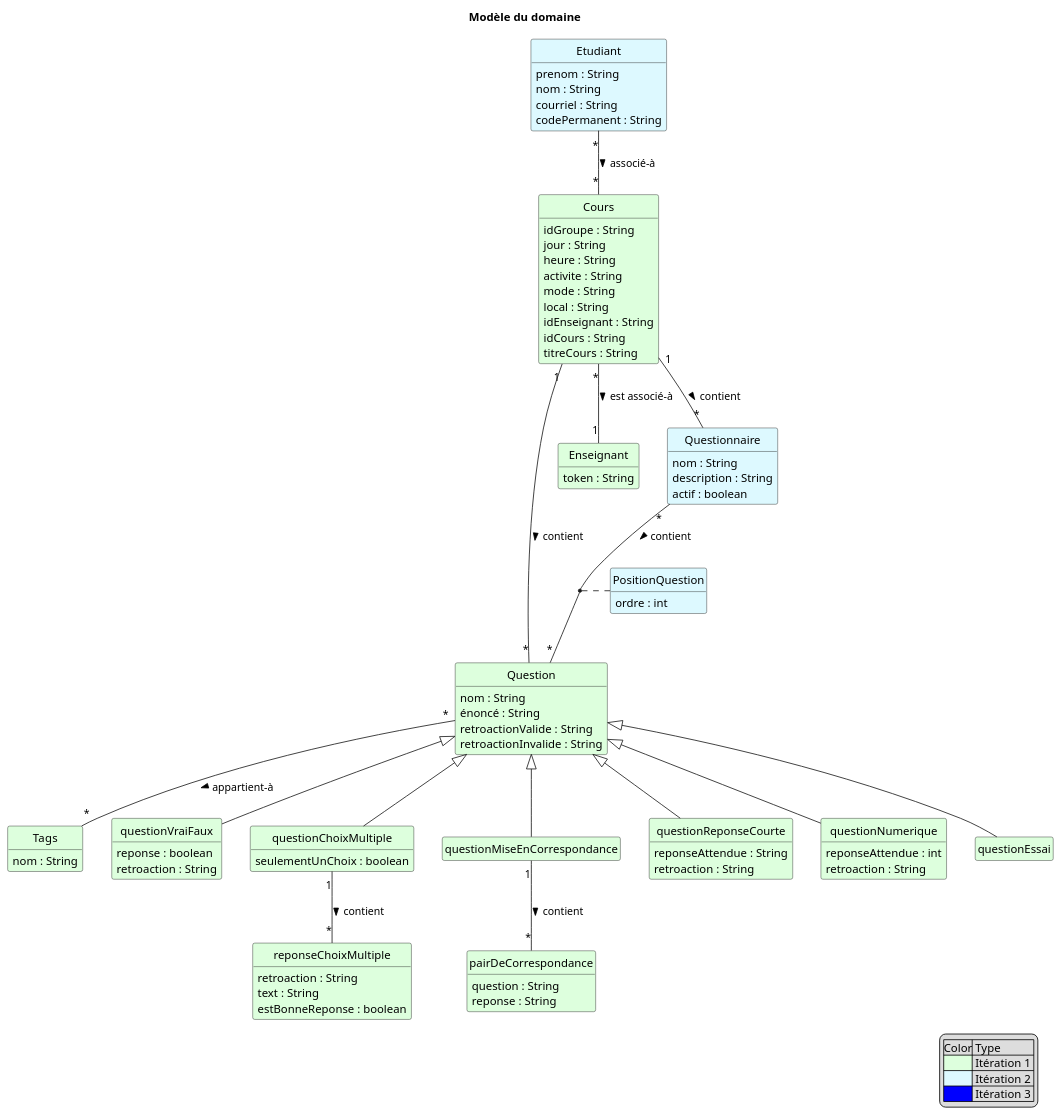
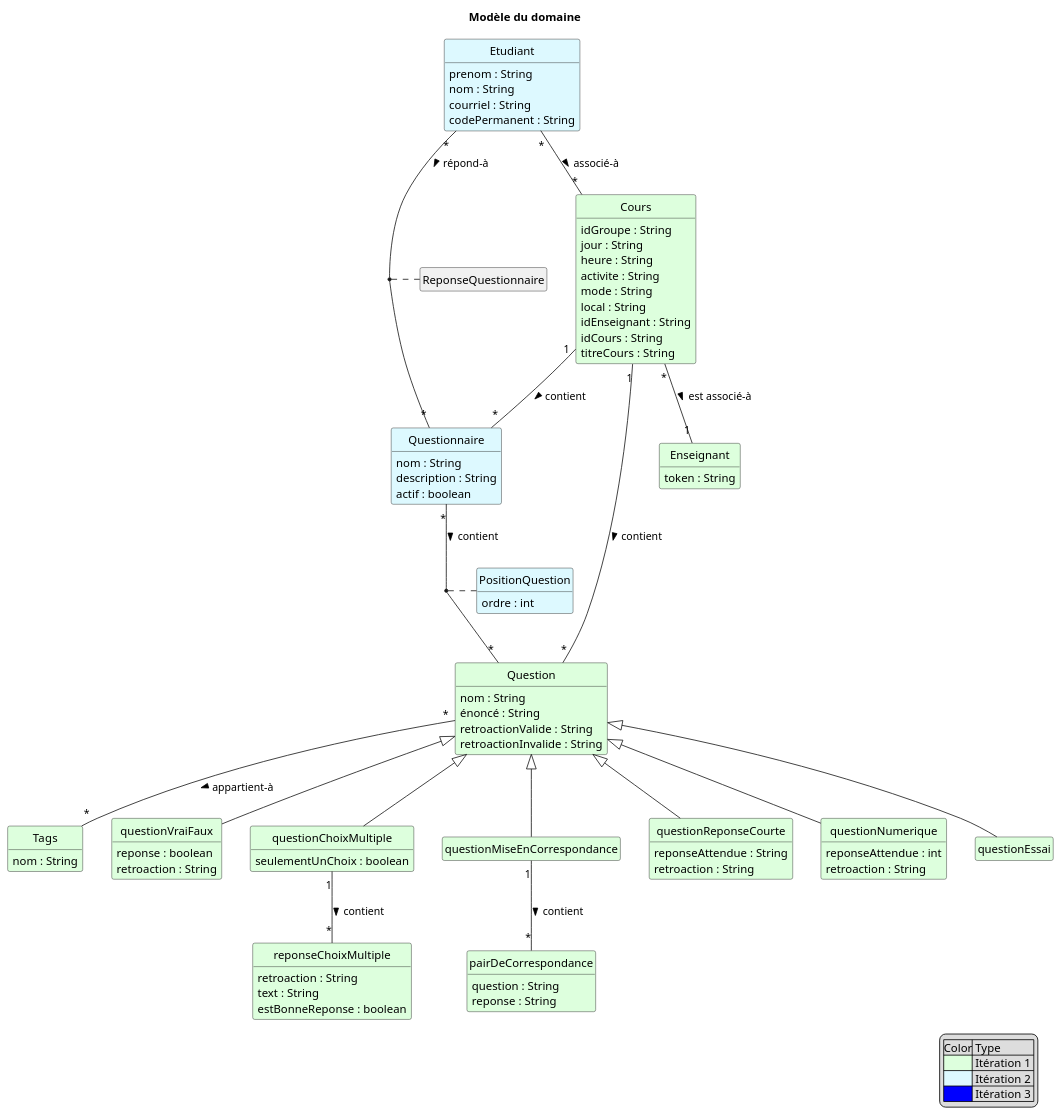
Before and after one commit to xMrYahya/moodle-clone: the diagram in docs/modeles/mdd.puml, drawn with PlantUML. The commit also changed 1 other file, not shown here.

```diff
--- a/docs/modeles/mdd.puml
+++ b/docs/modeles/mdd.puml
@@ -1,112 +1,111 @@
 @startuml MDD_SGB_SGA
 skinparam style strictuml
 'skinparam backgroundcolor transparent
 hide methods
 hide empty members
 'left to right direction
 title Modèle du domaine
 
 skinparam class {
   BackgroundColor<< SGB >> #ddffdd
   backgroundColor<<Itération 1>> #ddffdd
   backgroundColor<<Itération 2>> #ddf9ff
   backgroundColor<<Itération 3>> BLUE
 }
 hide stereotype
 
 
   ' Le concept de "Cours" dans SGA n'est pas un groupe-cours
   class "Question" as question <<Itération 1>> {
   nom : String
   énoncé : String
   ' reponse a la question
   retroactionValide : String
   retroactionInvalide : String
   }
   class "Tags" as tags <<Itération 1>>{
     nom : String
   }
   class "questionVraiFaux" as qvf <<Itération 1>> extends question {
     reponse : boolean
     retroaction : String
   }
   class "questionChoixMultiple" as qcm <<Itération 1>> extends question {
     seulementUnChoix : boolean
   }
   class "reponseChoixMultiple" as rcm <<Itération 1>> {
     retroaction : String
     text : String
     estBonneReponse : boolean
   }
   class "questionMiseEnCorrespondance" as qmc <<Itération 1>> extends question {
     
   }
   class "pairDeCorrespondance" as pdc <<Itération 1>> {
     question : String
     reponse : String
   }
   class "questionReponseCourte" as qrc <<Itération 1>> extends question  {
     reponseAttendue : String
     retroaction : String
   }
   class "questionNumerique" as qn <<Itération 1>> extends question  {
     reponseAttendue : int
     retroaction : String
   }
   class "questionEssai" as qe <<Itération 1>> extends question  {
     
   }
   class "Enseignant" as ens <<Itération 1>> {
     token : String
   }
   class "Cours" as cours <<Itération 1>> {
     idGroupe : String
     jour : String
     heure : String
     activite : String
     mode : String
     local : String
     idEnseignant : String
     idCours : String
     titreCours : String
   }
   class "Etudiant" as etudiant <<Itération 2>>{
     prenom : String
     nom : String
     courriel : String
     codePermanent : String
   }
   class "Questionnaire" as questionnaire <<Itération 2>>{
     nom : String
     description : String
     actif : boolean
   }
   class "PositionQuestion" as position <<Itération 2>>{
     ordre : int
   }
 
   etudiant "*" -- "*" cours : associé-à >
   cours "1" -- "*" question :contient >
   cours "*" -- "1" ens : est associé-à >
   question "*" -- "*" tags : appartient-à >
   qcm "1" -- "*" rcm : contient >
   qmc "1" -- "*" pdc : contient >
   cours "1" -- "*" questionnaire : contient >
   questionnaire "*" -- "*" question : contient >
   (questionnaire,question) .. position
 
 legend right
     |Color| Type |
     |<#ddffdd>| Itération 1 |
     |<#ddf9ff>| Itération 2 |
     |<#0000FF>| Itération 3 |
 endlegend
 
 
-  'Selon le CU08 
-  'class "ReponseQuestionnaire" as reponseQuestionnaire {
+  class "ReponseQuestionnaire" as reponseQuestionnaire {
 
-  '}
-  'etudiant "*" -- "*" questionnaire : répond-à >
-  '(etudiant,questionnaire) .. reponseQuestionnaire
+  }
+  etudiant "*" -- "*" questionnaire : répond-à >
+  (etudiant,questionnaire) .. reponseQuestionnaire
 @enduml
```
